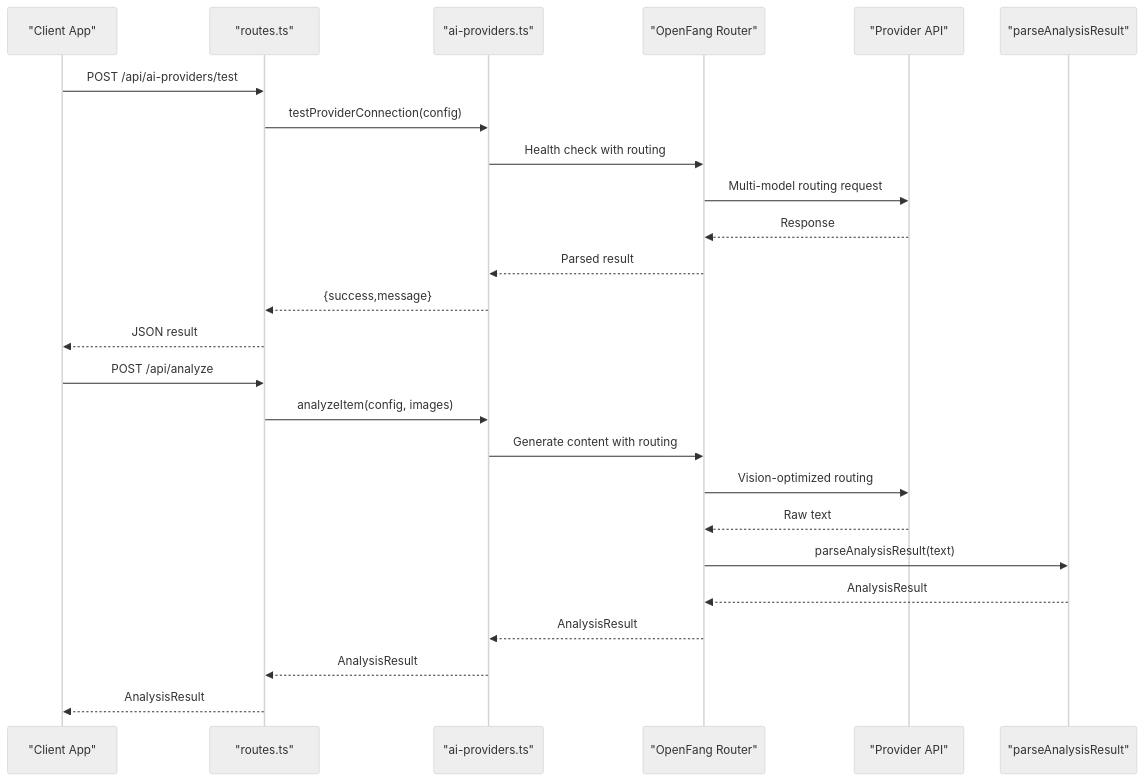
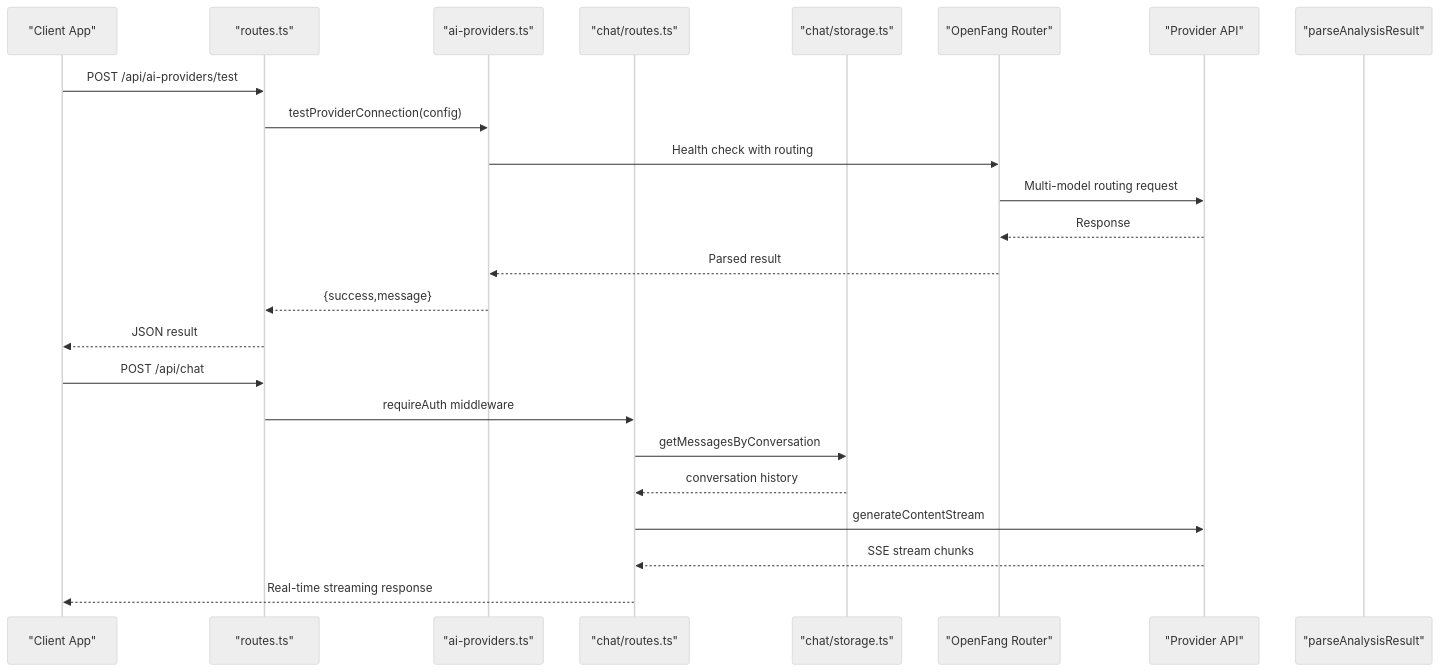
Before and after one commit to hunglevi87/Hidden-Gem: the second of 15 diagrams in .qoder/repowiki/en/content/AI Integration/AI Provider System.md, drawn with Mermaid (neutral theme). The commit also changed other lines of this file and 14 other files, not shown here.

First line of the commit message:
feat(ai-integration): add OpenFang provider and eBay MCP marketplace automation

````diff
--- a/.qoder/repowiki/en/content/AI Integration/AI Provider System.md
+++ b/.qoder/repowiki/en/content/AI Integration/AI Provider System.md
@@ -96,27 +117,26 @@
 ```mermaid
 sequenceDiagram
 participant Client as "Client App"
 participant Routes as "routes.ts"
 participant Factory as "ai-providers.ts"
+participant ChatRoutes as "chat/routes.ts"
+participant ChatStorage as "chat/storage.ts"
 participant OpenFang as "OpenFang Router"
 participant Provider as "Provider API"
 participant Parser as "parseAnalysisResult"
 Client->>Routes : POST /api/ai-providers/test
 Routes->>Factory : testProviderConnection(config)
 Factory->>OpenFang : Health check with routing
 OpenFang->>Provider : Multi-model routing request
 Provider-->>OpenFang : Response
 OpenFang-->>Factory : Parsed result
 Factory-->>Routes : {success,message}
 Routes-->>Client : JSON result
-Client->>Routes : POST /api/analyze
-Routes->>Factory : analyzeItem(config, images)
-Factory->>OpenFang : Generate content with routing
-OpenFang->>Provider : Vision-optimized routing
-Provider-->>OpenFang : Raw text
-OpenFang->>Parser : parseAnalysisResult(text)
-Parser-->>OpenFang : AnalysisResult
-OpenFang-->>Factory : AnalysisResult
-Factory-->>Routes : AnalysisResult
-Routes-->>Client : AnalysisResult
+Client->>Routes : POST /api/chat
+Routes->>ChatRoutes : requireAuth middleware
+ChatRoutes->>ChatStorage : getMessagesByConversation
+ChatStorage-->>ChatRoutes : conversation history
+ChatRoutes->>Provider : generateContentStream
+Provider-->>ChatRoutes : SSE stream chunks
+ChatRoutes-->>Client : Real-time streaming response
 ```
````
